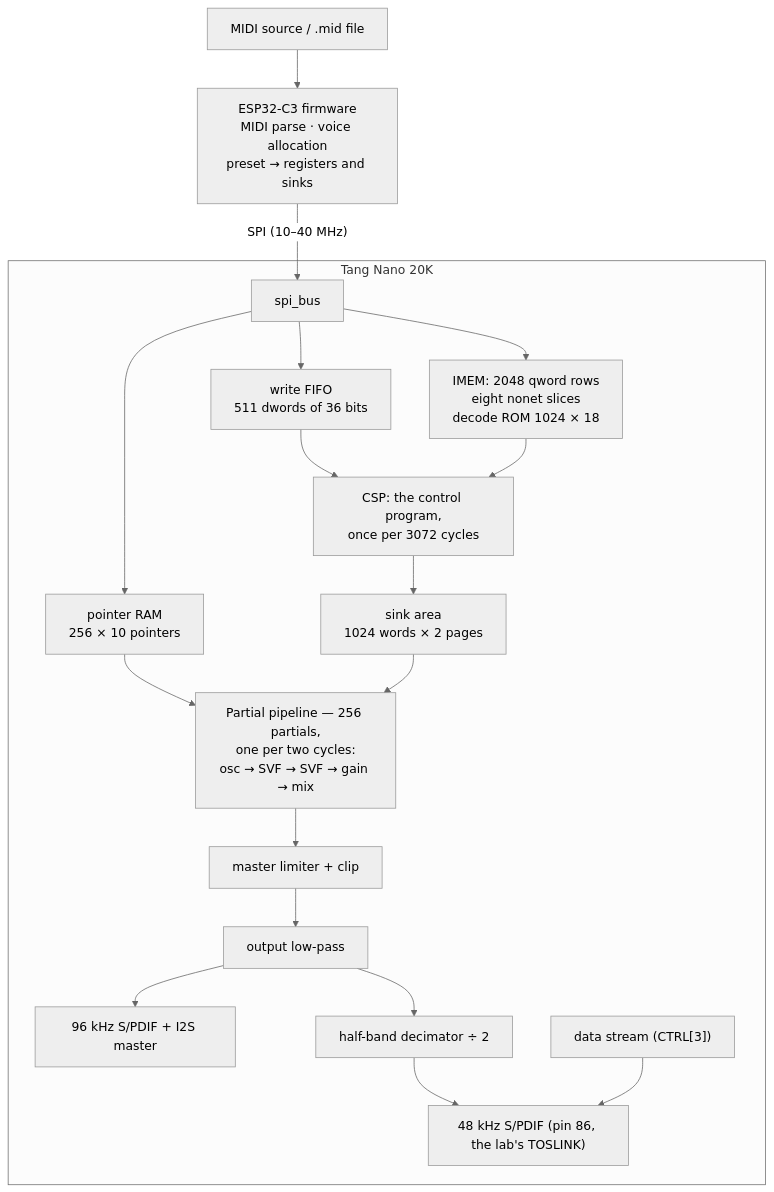
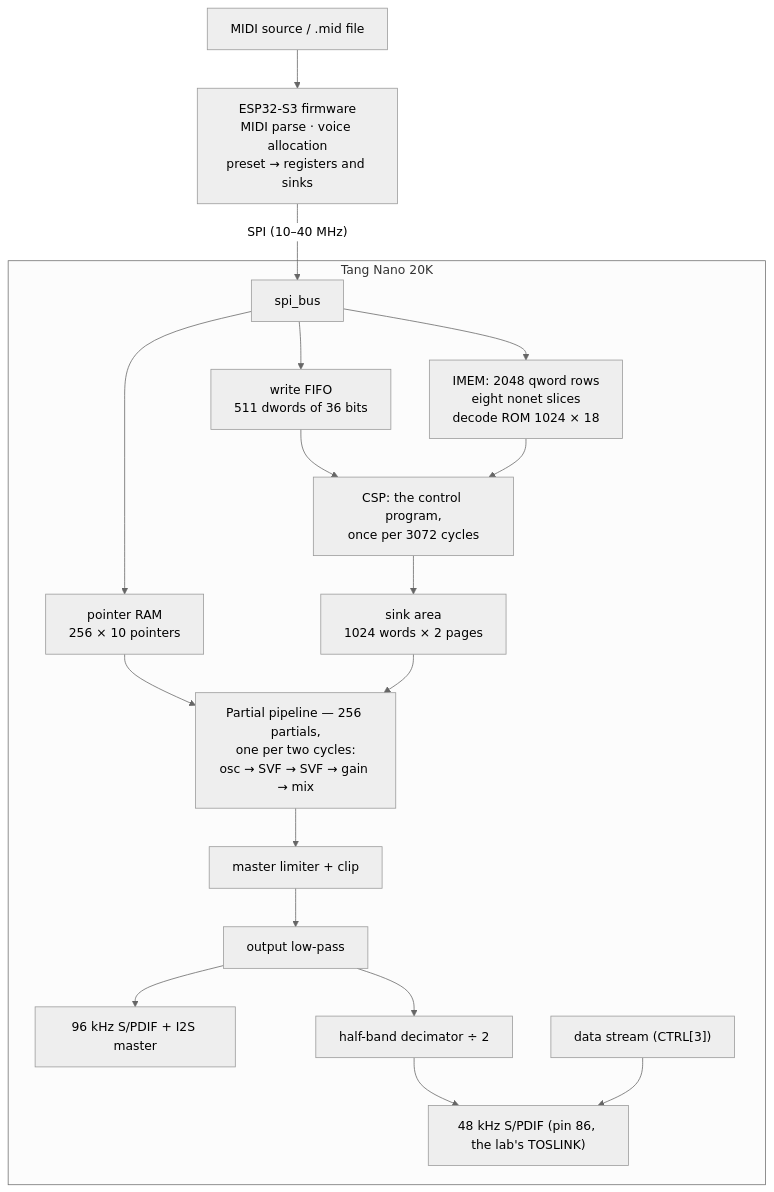
The diagram in docs/memory_map.md (Thorwegian/noaidi-fpga-synth), drawn with Mermaid (neutral theme) before and after one commit. The commit also changed other lines of this file and 13 other files, not shown here.

First line of the commit message:
Port the firmware to the ESP32-S3

````diff
--- a/docs/memory_map.md
+++ b/docs/memory_map.md
@@ -41,21 +41,21 @@
 ```mermaid
 flowchart TD
-    MIDI["MIDI source / .mid file"] --> ESP["ESP32-C3 firmware<br/>MIDI parse · voice allocation<br/>preset → registers and sinks"]
+    MIDI["MIDI source / .mid file"] --> ESP["ESP32-S3 firmware<br/>MIDI parse · voice allocation<br/>preset → registers and sinks"]
     ESP -- "SPI (10–40 MHz)" --> BUS["spi_bus"]
     subgraph FG["Tang Nano 20K"]
         BUS --> Q["write FIFO<br/>511 dwords of 36 bits"]
         BUS --> PGM["IMEM: 2048 qword rows<br/>eight nonet slices<br/>decode ROM 1024 × 18"]
         BUS --> PTR["pointer RAM<br/>256 × 10 pointers"]
         Q --> CSP["CSP: the control program,<br/>once per 3072 cycles"]
         PGM --> CSP
         CSP --> SINKS["sink area<br/>1024 words × 2 pages"]
         PTR --> PIPE["Partial pipeline — 256 partials,<br/>one per two cycles:<br/>osc → SVF → SVF → gain → mix"]
         SINKS --> PIPE
         PIPE --> LIM["master limiter + clip"]
         LIM --> LPF["output low-pass"]
         LPF --> OUT96["96 kHz S/PDIF + I2S master"]
         LPF --> DEC["half-band decimator ÷ 2"]
         DEC --> OUT48["48 kHz S/PDIF (pin 86, the lab's TOSLINK)"]
         STREAM["data stream (CTRL[3])"] --> OUT48
     end
 ```
````
